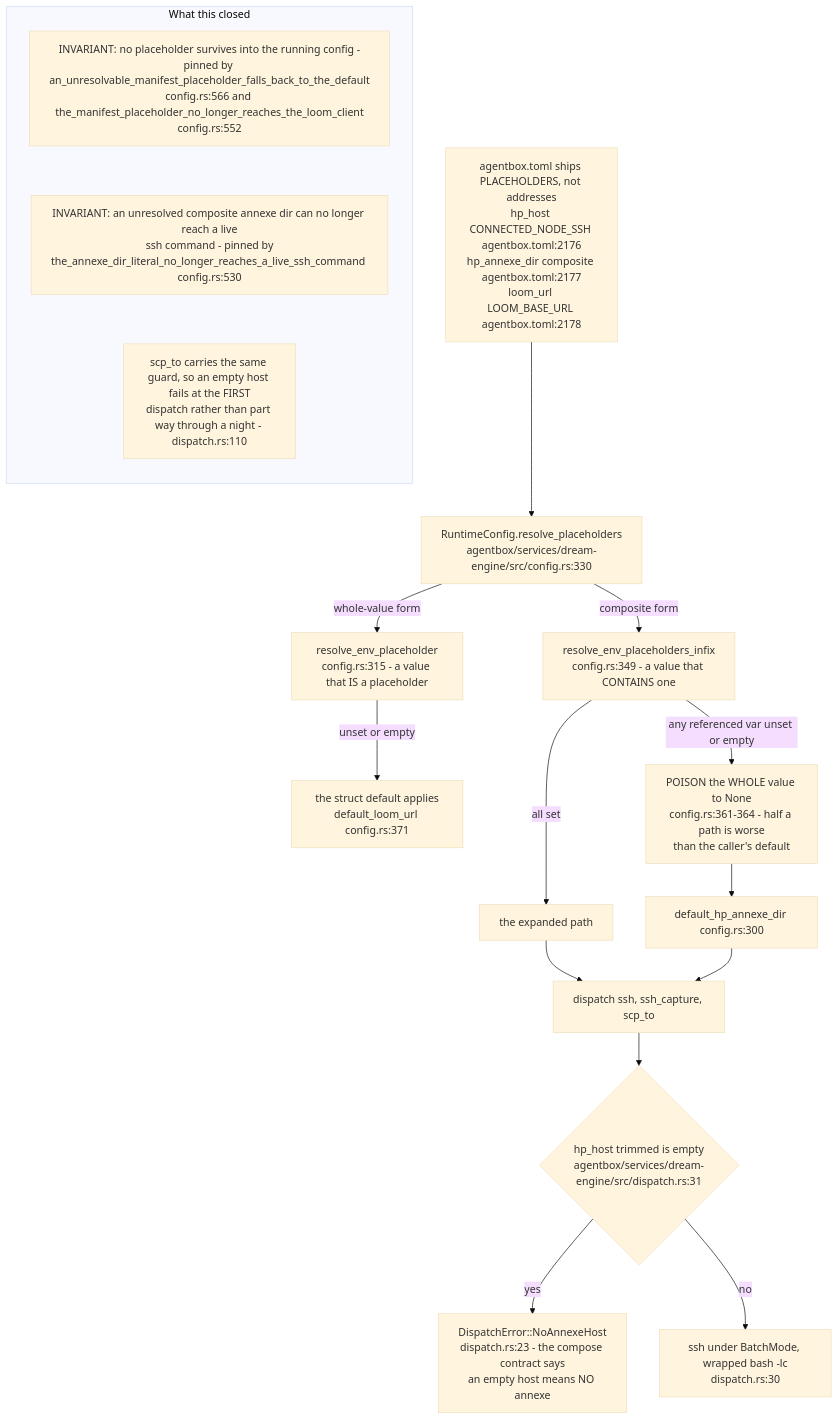
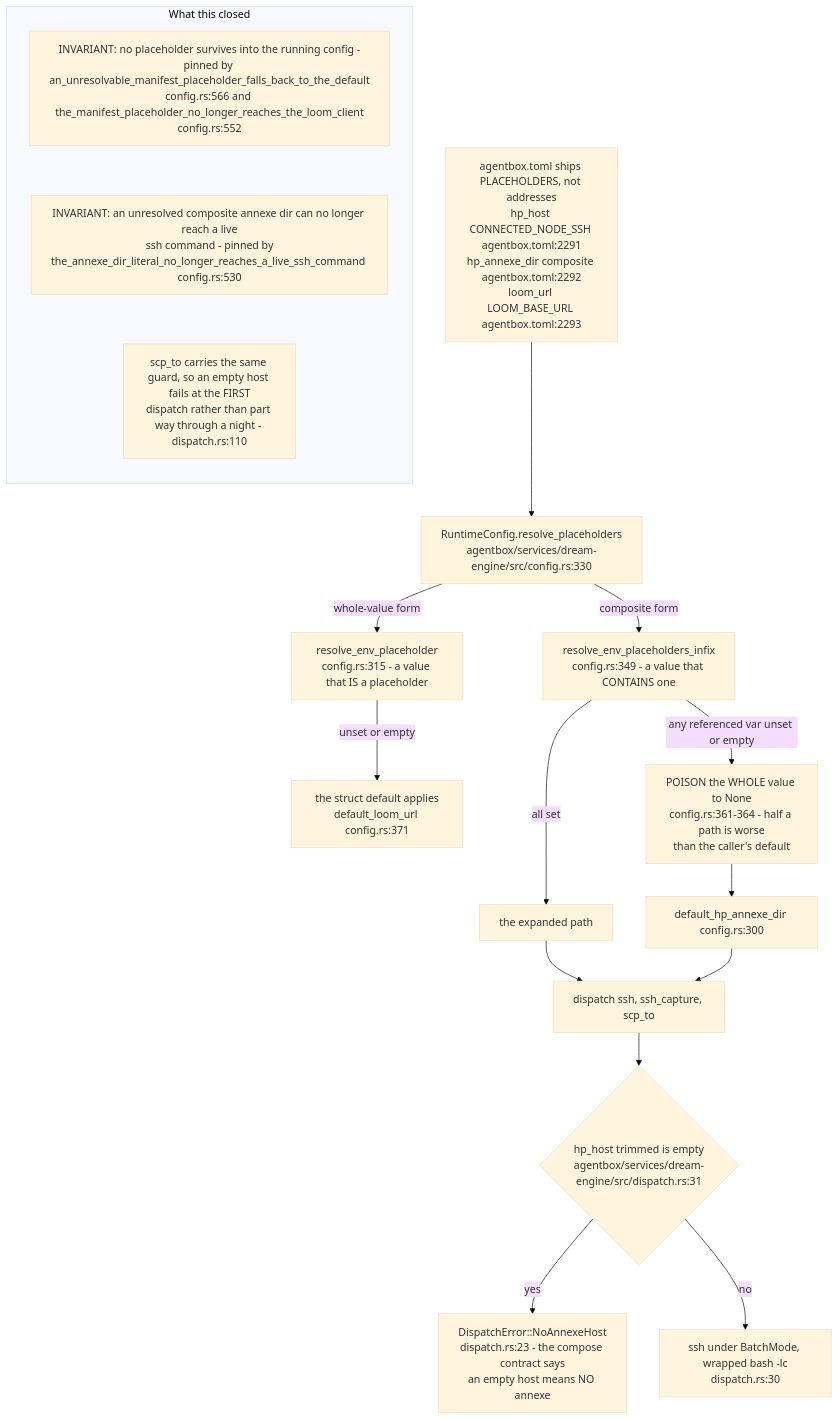
Before and after one commit to DreamLab-AI/VisionFlow: diagram 16 of 20 in docs/diagrams/agentbox/23-dream-engine.md, drawn with Mermaid (base theme). The commit also changed other lines of this file and 111 other files, not shown here.

Commit message:
docs(diagrams): align estate maps with current source

````diff
--- a/docs/diagrams/agentbox/23-dream-engine.md
+++ b/docs/diagrams/agentbox/23-dream-engine.md
@@ -831,23 +831,23 @@
 ```mermaid
 flowchart TB
-    TOML["agentbox.toml ships PLACEHOLDERS, not addresses<br/>hp_host CONNECTED_NODE_SSH agentbox.toml:2176<br/>hp_annexe_dir composite agentbox.toml:2177<br/>loom_url LOOM_BASE_URL agentbox.toml:2178"]
+    TOML["agentbox.toml ships PLACEHOLDERS, not addresses<br/>hp_host CONNECTED_NODE_SSH agentbox.toml:2291<br/>hp_annexe_dir composite agentbox.toml:2292<br/>loom_url LOOM_BASE_URL agentbox.toml:2293"]
     TOML --> RP["RuntimeConfig.resolve_placeholders<br/>agentbox/services/dream-engine/src/config.rs:330"]
     RP -->|"whole-value form"| W["resolve_env_placeholder<br/>config.rs:315 - a value that IS a placeholder"]
     RP -->|"composite form"| I["resolve_env_placeholders_infix<br/>config.rs:349 - a value that CONTAINS one"]
     W -->|"unset or empty"| D1["the struct default applies<br/>default_loom_url config.rs:371"]
     I -->|"any referenced var unset or empty"| D2["POISON the WHOLE value to None<br/>config.rs:361-364 - half a path is worse<br/>than the caller's default"]
     D2 --> D3["default_hp_annexe_dir config.rs:300"]
     I -->|"all set"| OK["the expanded path"]
     OK --> DISP["dispatch ssh, ssh_capture, scp_to"]
     D3 --> DISP
     DISP --> GUARD{"hp_host trimmed is empty<br/>agentbox/services/dream-engine/src/dispatch.rs:31"}
     GUARD -->|"yes"| NAH["DispatchError::NoAnnexeHost<br/>dispatch.rs:23 - the compose contract says<br/>an empty host means NO annexe"]
     GUARD -->|"no"| SSH["ssh under BatchMode, wrapped bash -lc<br/>dispatch.rs:30"]
     subgraph notes["What this closed"]
         direction TB
         N1["INVARIANT: no placeholder survives into the running config -<br/>pinned by an_unresolvable_manifest_placeholder_falls_back_to_the_default<br/>config.rs:566 and the_manifest_placeholder_no_longer_reaches_the_loom_client<br/>config.rs:552"]
         N2["INVARIANT: an unresolved composite annexe dir can no longer reach a live<br/>ssh command - pinned by<br/>the_annexe_dir_literal_no_longer_reaches_a_live_ssh_command config.rs:530"]
         N3["scp_to carries the same guard, so an empty host fails at the FIRST<br/>dispatch rather than part way through a night - dispatch.rs:110"]
         N1 ~~~ N2 ~~~ N3
     end
 ```
````
